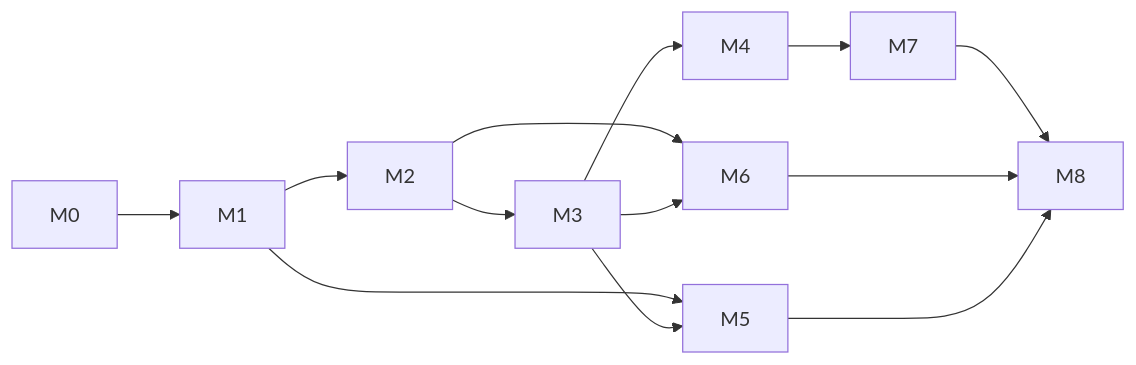
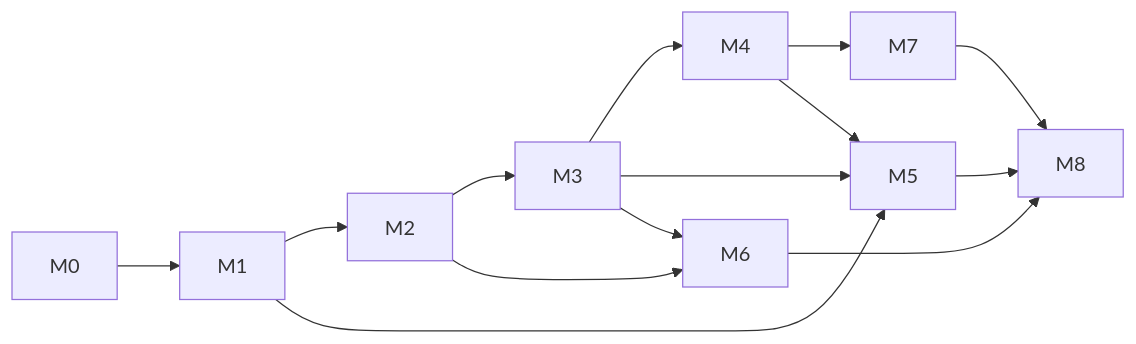
The diagram in docs/PROJECT_PLAN.md (Shreyas262/RestLab), drawn with Mermaid before and after one commit. The commit also changed other lines of this file and 24 other files, not shown here.

````diff
--- a/docs/PROJECT_PLAN.md
+++ b/docs/PROJECT_PLAN.md
@@ -141,10 +142,11 @@
 ```mermaid
 flowchart LR
     M0 --> M1 --> M2 --> M3 --> M4 --> M7 --> M8
     M1 --> M5
     M3 --> M5
+    M4 --> M5
     M2 --> M6
     M3 --> M6
     M6 --> M8
     M5 --> M8
 ```
````
